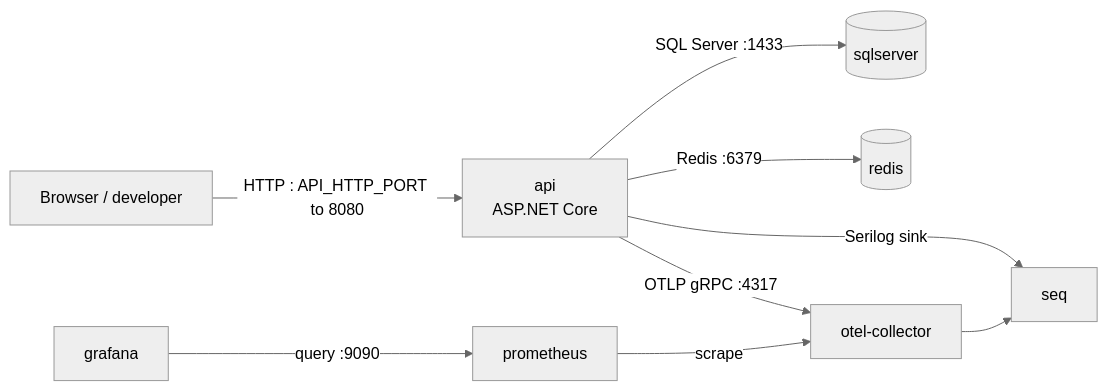
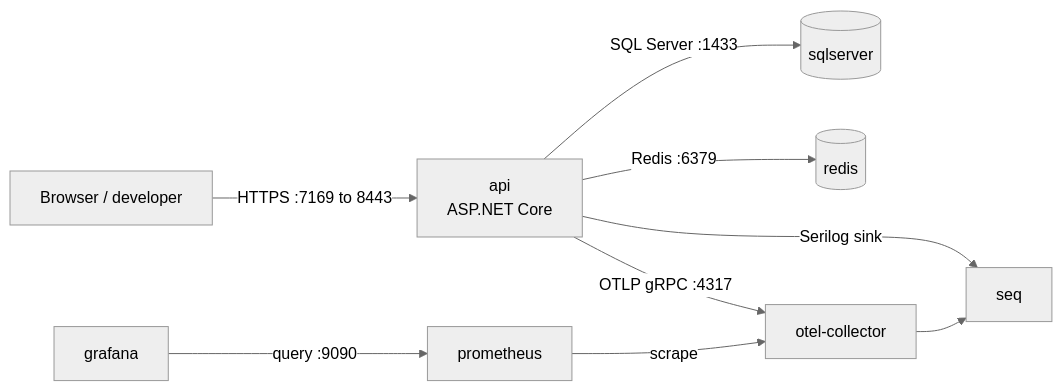
Before and after one commit to ahmedadel977/MechanicShop-V2: the first of 3 diagrams in docs/DOCKER.md, drawn with Mermaid (neutral theme). The commit also changed other lines of this file and 12 other files, not shown here.

````diff
--- a/docs/DOCKER.md
+++ b/docs/DOCKER.md
@@ -15,11 +15,11 @@
 ```mermaid
 flowchart LR
-    Browser[Browser / developer] -->|HTTP : API_HTTP_PORT to 8080| API[api\nASP.NET Core]
+    Browser[Browser / developer] -->|HTTPS :7169 to 8443| API[api\nASP.NET Core]
     API -->|SQL Server :1433| SQL[(sqlserver)]
     API -->|Redis :6379| Redis[(redis)]
     API -->|OTLP gRPC :4317| OTel[otel-collector]
     API -->|Serilog sink| Seq[seq]
     OTel --> Seq
     Prometheus[prometheus] -->|scrape| OTel
     Grafana[grafana] -->|query :9090| Prometheus
 ```
````
